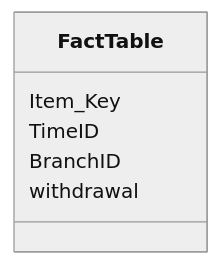
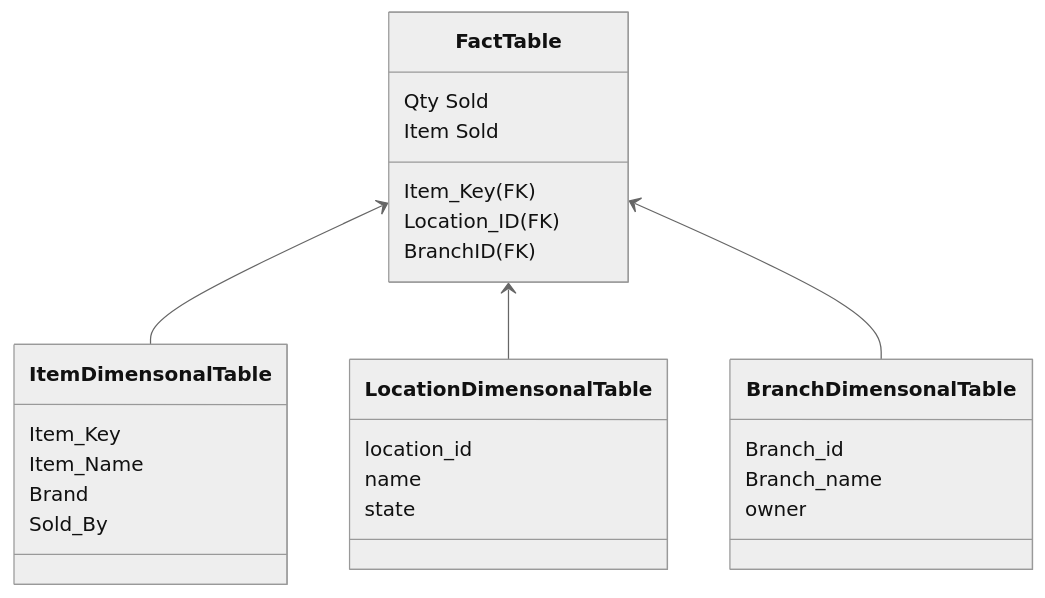
The diagram in differences/FactvsDimensional.md (vegetariancoder/wordsToSpeak), drawn with Mermaid (neutral theme) before and after one commit. The commit also changed other lines of this file, not shown here.

Commit message:
Sunday code

````diff
--- a/differences/FactvsDimensional.md
+++ b/differences/FactvsDimensional.md
@@ -11,8 +20,28 @@
 ```mermaid
     classDiagram
-    class FactTable
-    FactTable : Item_Key
-    FactTable : TimeID
-    FactTable : BranchID
-    FactTable : withdrawal
+      FactTable <--ItemDimensonalTable
+      FactTable <--LocationDimensonalTable
+      FactTable <--BranchDimensonalTable
+      class FactTable
+      FactTable : Item_Key (FK)
+      FactTable : Location_ID (FK)
+      FactTable : BranchID (FK)
+      FactTable : Qty Sold
+      FactTable : Item Sold
+      class ItemDimensonalTable{
+        Item_Key
+        Item_Name
+        Brand
+        Sold_By
+      }
+      class LocationDimensonalTable{
+        location_id
+        name
+        state
+      }
+      class BranchDimensonalTable{
+        Branch_id
+        Branch_name
+        owner
+      }
 ```
````
